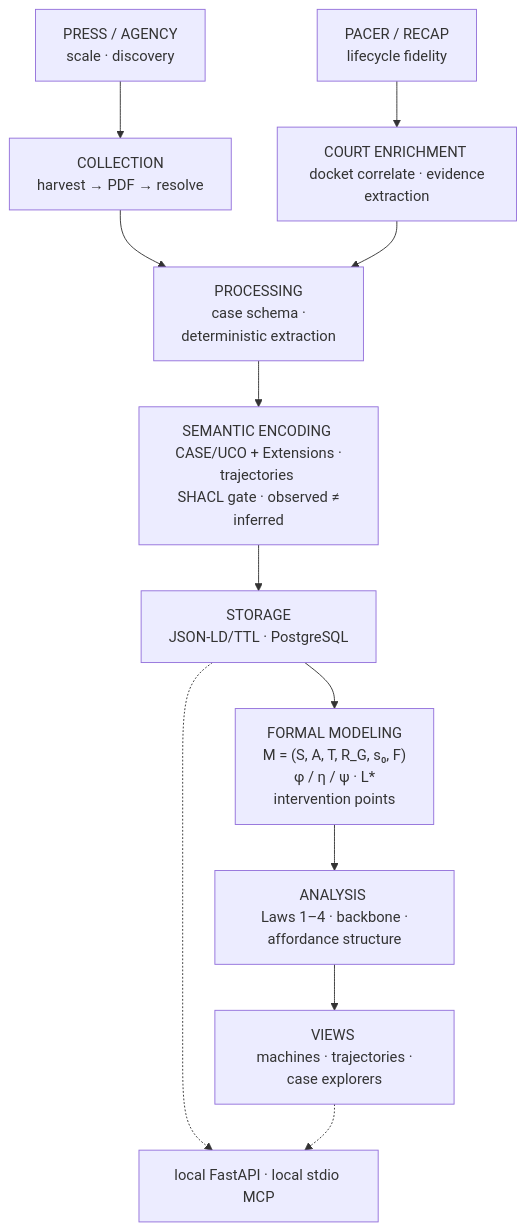
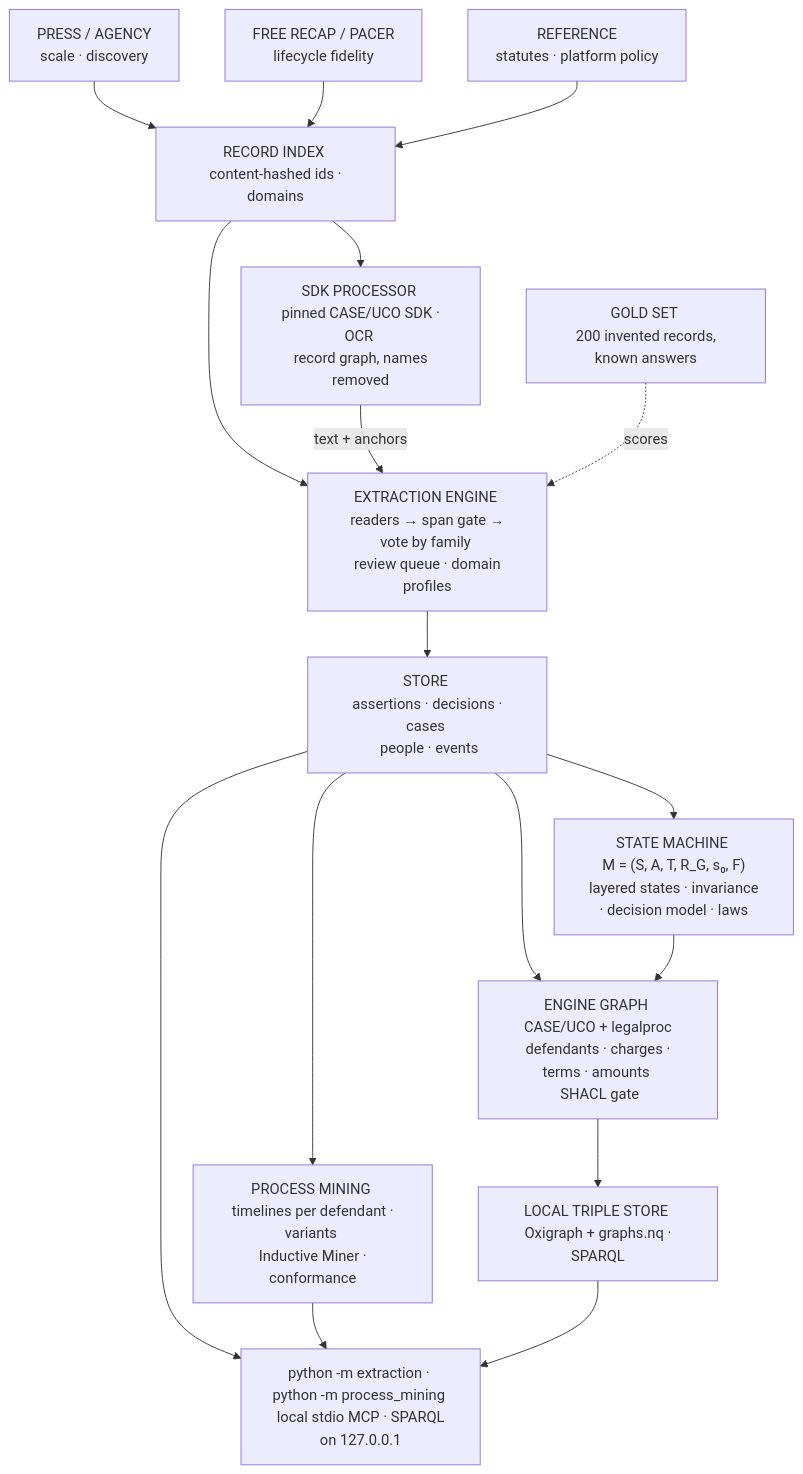
The diagram in README.md (mrinaalr/CaseNoesis), drawn with Mermaid before and after one commit. The commit also changed other lines of this file and 104 other files, not shown here.

````diff
--- a/README.md
+++ b/README.md
@@ -26,21 +32,27 @@
 ```mermaid
 flowchart TD
     P["PRESS / AGENCY <br/> scale · discovery"]
-    C["PACER / RECAP <br/> lifecycle fidelity"]
+    C["FREE RECAP / PACER <br/> lifecycle fidelity"]
+    F["REFERENCE <br/> statutes · platform policy"]
 
-    P --> ACQ["COLLECTION <br/> harvest → PDF → resolve"]
-    C --> ENR["COURT ENRICHMENT <br/> docket correlate · evidence extraction"]
+    P --> IDX["RECORD INDEX <br/> content-hashed ids · domains"]
+    C --> IDX
+    F --> IDX
 
-    ACQ --> PROC["PROCESSING <br/> case schema · <br/> deterministic extraction"]
-    ENR --> PROC
+    IDX --> SDK["SDK PROCESSOR <br/> pinned CASE/UCO SDK · OCR <br/> record graph, names removed"]
+    IDX --> ENG
+    SDK -->|"text + anchors"| ENG["EXTRACTION ENGINE <br/> readers → span gate → vote by family <br/> review queue · domain profiles"]
 
-    PROC --> ENC["SEMANTIC ENCODING <br/> CASE/UCO + Extensions · trajectories <br/> SHACL gate · observed ≠ inferred"]
-    ENC --> STORE["STORAGE <br/> JSON-LD/TTL · PostgreSQL"]
+    ENG --> STORE["STORE <br/> assertions · decisions · cases <br/> people · events"]
+    STORE --> PM["PROCESS MINING <br/> timelines per defendant · variants <br/> Inductive Miner · conformance"]
+    GOLD["GOLD SET <br/> 200 invented records, known answers"] -.->|"scores"| ENG
+    STORE --> KG["ENGINE GRAPH <br/> CASE/UCO + legalproc <br/> defendants · charges · terms · amounts <br/> SHACL gate"]
 
-    STORE --> ESM["FORMAL MODELING <br/> M = (S, A, T, R_G, s₀, F) <br/> φ / η / ψ · L* <br/> intervention points"]
-    ESM --> AN["ANALYSIS <br/> Laws 1–4 · backbone · affordance structure"]
-    AN --> VIZ["VIEWS <br/> machines · trajectories · case explorers"]
+    STORE --> ESM["STATE MACHINE <br/> M = (S, A, T, R_G, s₀, F) <br/> layered states · invariance · decision model · laws"]
+    ESM --> KG
 
-    STORE -.-> API["local FastAPI · local stdio MCP"]
-    VIZ -.-> API
+    KG --> OX["LOCAL TRIPLE STORE <br/> Oxigraph + graphs.nq · SPARQL"]
+    STORE --> API["python -m extraction · python -m process_mining <br/> local stdio MCP · SPARQL on 127.0.0.1"]
+    PM --> API
+    OX --> API
 ```
````
